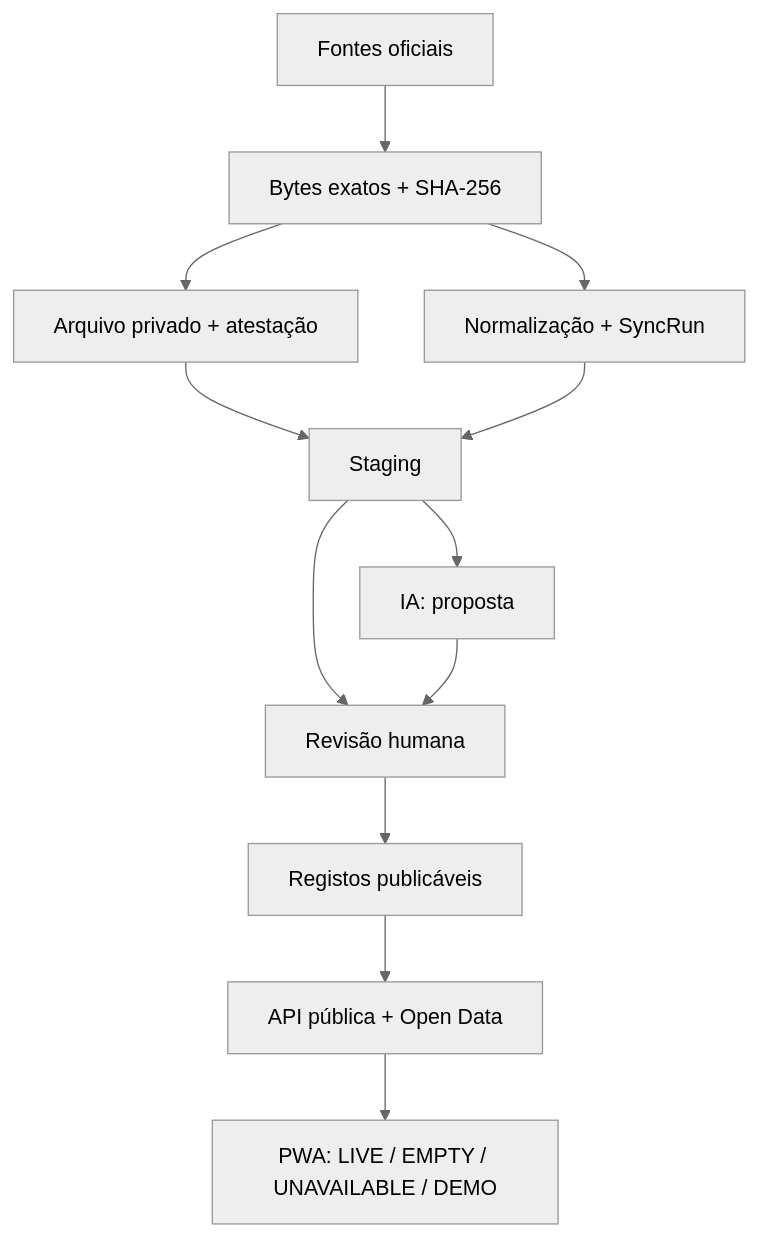
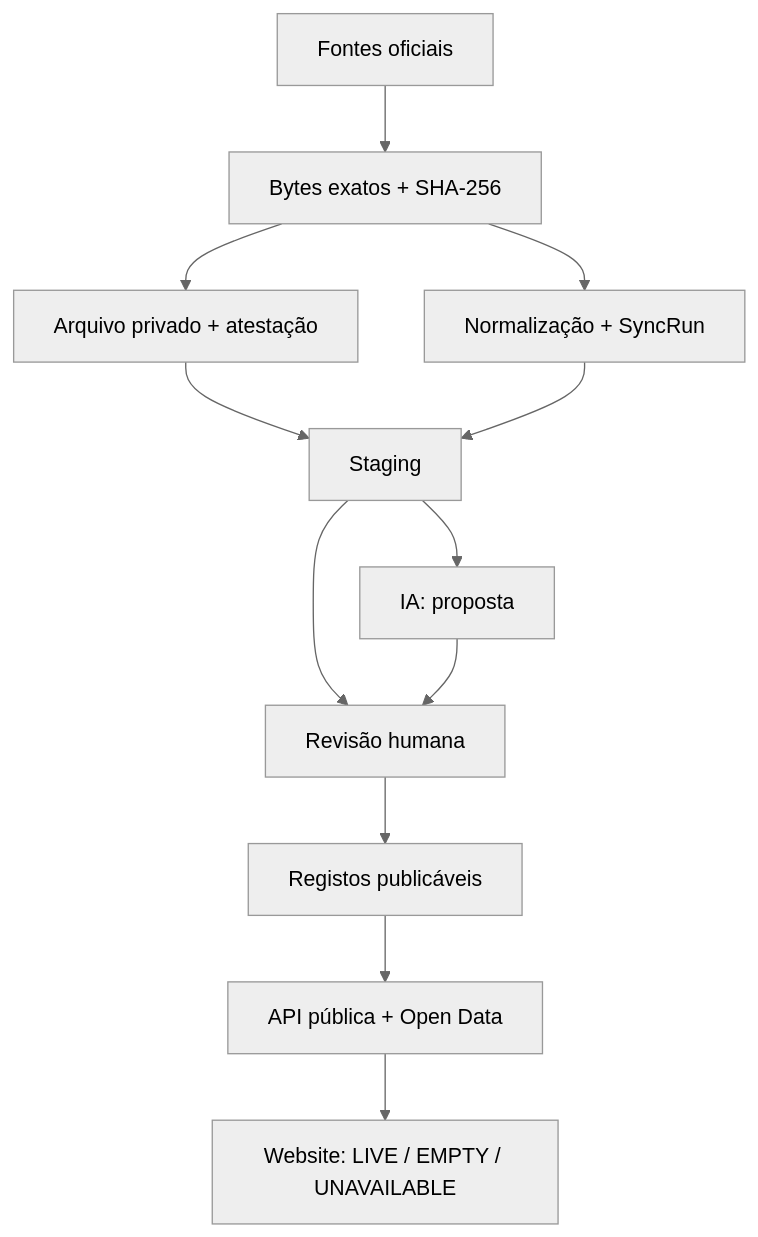
The diagram in README.md (DxMaxi/transparencia-total-open-source), drawn with Mermaid (neutral theme) before and after one commit. The commit also changed other lines of this file and 70 other files, not shown here.

````diff
--- a/README.md
+++ b/README.md
@@ -82,14 +86,14 @@
 ```mermaid
 flowchart TD
   A["Fontes oficiais"] --> B["Bytes exatos + SHA-256"]
   B --> C["Arquivo privado + atestação"]
   B --> D["Normalização + SyncRun"]
   C --> E["Staging"]
   D --> E
   E --> F["Revisão humana"]
   F --> G["Registos publicáveis"]
   G --> H["API pública + Open Data"]
-  H --> I["PWA: LIVE / EMPTY / UNAVAILABLE / DEMO"]
+  H --> I["Website: LIVE / EMPTY / UNAVAILABLE"]
   E --> J["IA: proposta"]
   J --> F
 ```
````
